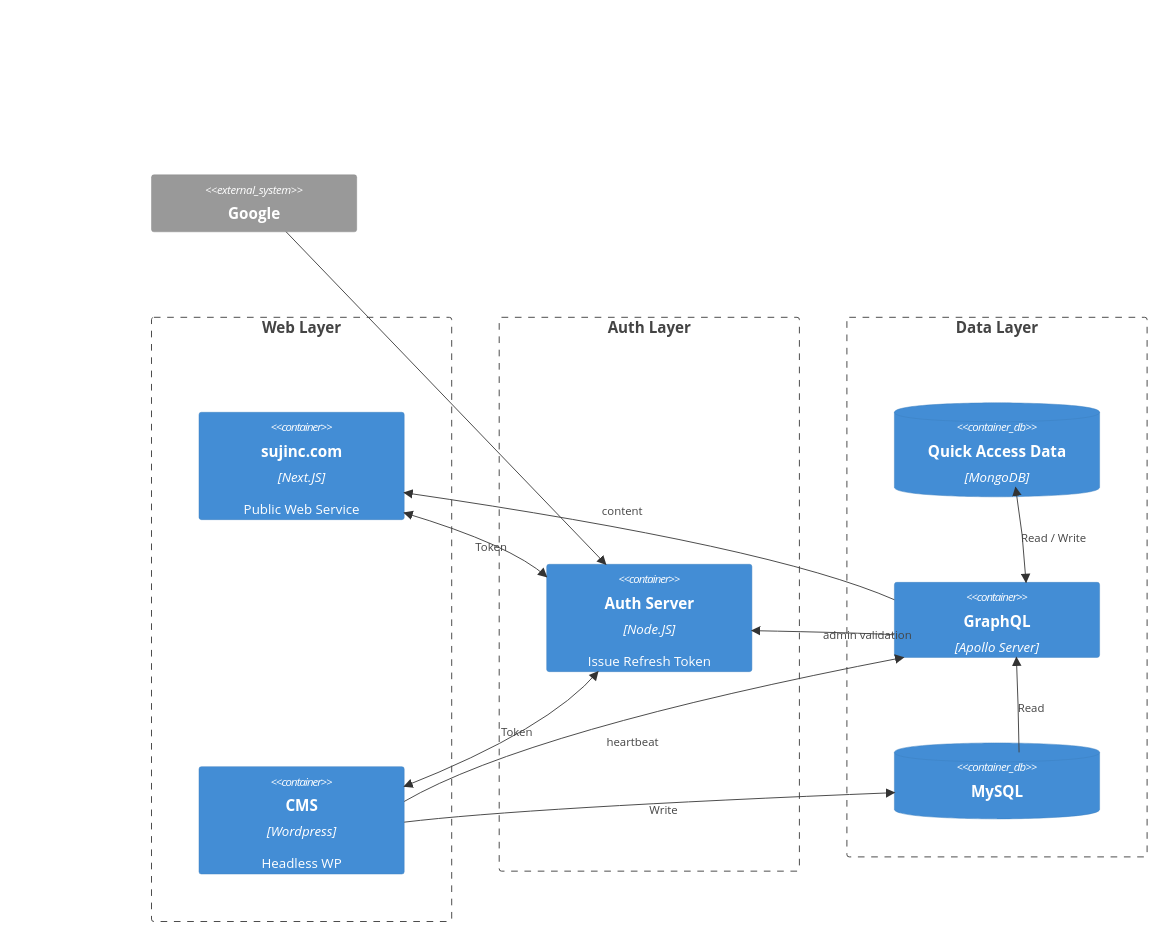
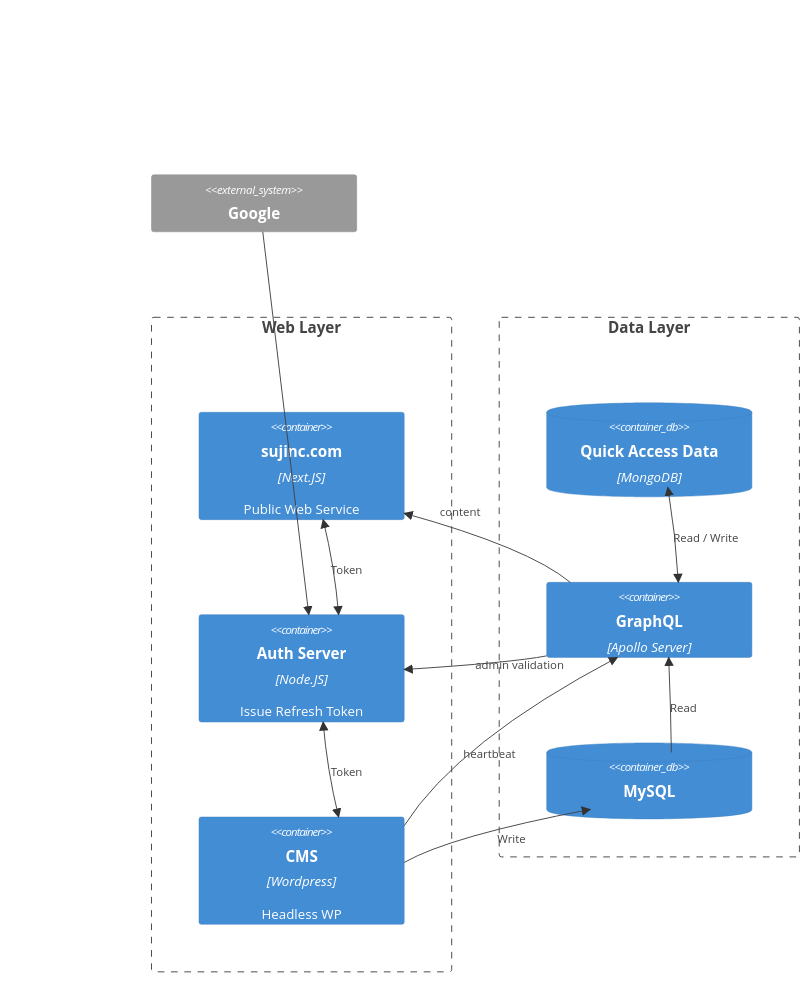
Before and after one commit to sujin2f/Sujin: the first of 2 diagrams in README.md, drawn with Mermaid.

Commit message:
Refactor README structure and update layout config

````diff
--- a/README.md
+++ b/README.md
@@ -12,45 +12,33 @@
 ```mermaid
 C4Context
     System_Ext(google, "Google")
 
     Boundary(web, "Web Layer", "") {
         Container(next, "sujinc.com", "Next.JS", "Public Web Service")
 
-        Container(gap1, "")
-        UpdateElementStyle(gap1, $fontColor="transparent", $bgColor="transparent", $borderColor="transparent")
-
-        Container(wp, "CMS", "Wordpress", "Headless WP")
-    }
-
-    Boundary(auth, "Auth Layer", "") {
-        Container(gap2, "")
-        UpdateElementStyle(gap2, $fontColor="transparent", $bgColor="transparent", $borderColor="transparent")
-
         Container(auth, "Auth Server", "Node.JS", "Issue Refresh Token")
         Rel(google, auth, "")
         BiRel(auth, next, "Token")
         BiRel(auth, wp, "Token")
 
-        Container(gap3, "")
-        UpdateElementStyle(gap3, $fontColor="transparent", $bgColor="transparent", $borderColor="transparent")
+        Container(wp, "CMS", "Wordpress", "Headless WP")
     }
-
 
     Boundary(gql_b, "Data Layer", "") {
         ContainerDb(mongo, "Quick Access Data", "MongoDB")
 
         Container(gql, "GraphQL", "Apollo Server", "")
         Rel(gql, next, "content")
         UpdateRelStyle(gql, next, $offsetY="-40", $offsetX="-50")
         Rel(wp, gql, "heartbeat")
         UpdateRelStyle(wp, gql, $offsetY="10", $offsetX="-50")
         BiRel(gql, mongo, "Read / Write")
         Rel(gql, auth, "admin validation")
 
         ContainerDb(mysql, "MySQL")
         Rel(mysql, gql, "Read")
         Rel(wp, mysql, "Write")
     }
 
-    UpdateLayoutConfig($c4ShapeInRow="3", $c4BoundaryInRow="4")
+    UpdateLayoutConfig($c4ShapeInRow="1", $c4BoundaryInRow="4")
 ```
````
